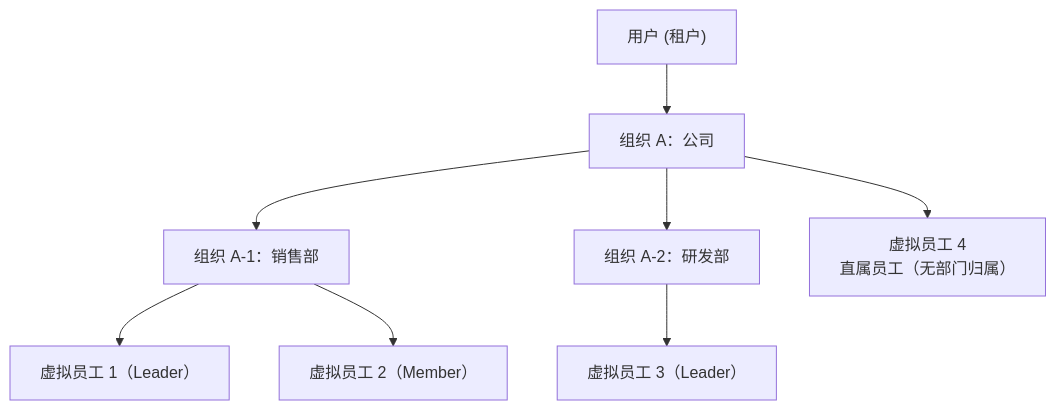
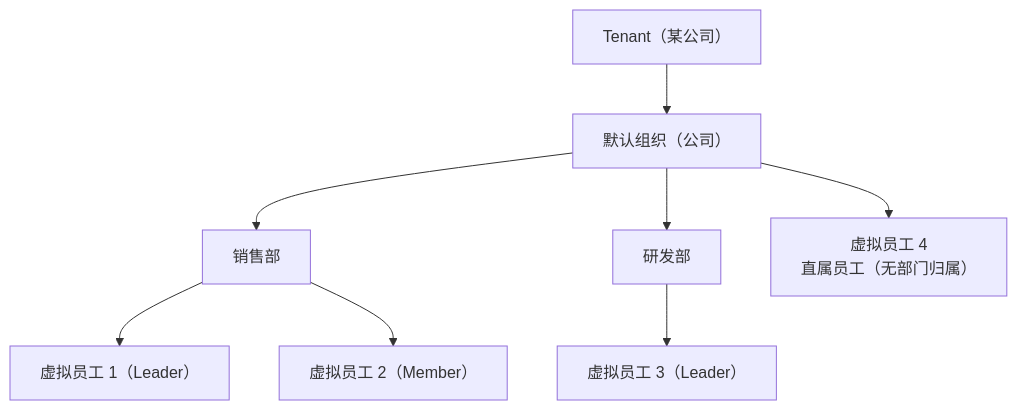
One commit to chongyi/virtual-team-architecture changed the second of 3 diagrams in virtual-team/src/10-tenant-and-org-model.md. Above: the diagram before and after it, drawn with Mermaid. The commit also changed other lines of this file and 10 other files, not shown here.

First line of the commit message:
docs: introduce three-layer model (User → Tenant → Organization)

````diff
--- a/virtual-team/src/10-tenant-and-org-model.md
+++ b/virtual-team/src/10-tenant-and-org-model.md
@@ -82,12 +198,12 @@
 ```mermaid
 flowchart TD
-    user["用户 (租户)"]
-    user --> orgA["组织 A：公司"]
-    orgA --> orgA1["组织 A-1：销售部"]
-    orgA --> orgA2["组织 A-2：研发部"]
-    orgA --> ve4["虚拟员工 4<br/>直属员工（无部门归属）"]
+    tenant["Tenant（某公司）"]
+    tenant --> orgA["默认组织（公司）"]
+    orgA --> orgA1["销售部"]
+    orgA --> orgA2["研发部"]
 
     orgA1 --> ve1["虚拟员工 1（Leader）"]
     orgA1 --> ve2["虚拟员工 2（Member）"]
     orgA2 --> ve3["虚拟员工 3（Leader）"]
+    orgA --> ve4["虚拟员工 4<br/>直属员工（无部门归属）"]
 ```
````
